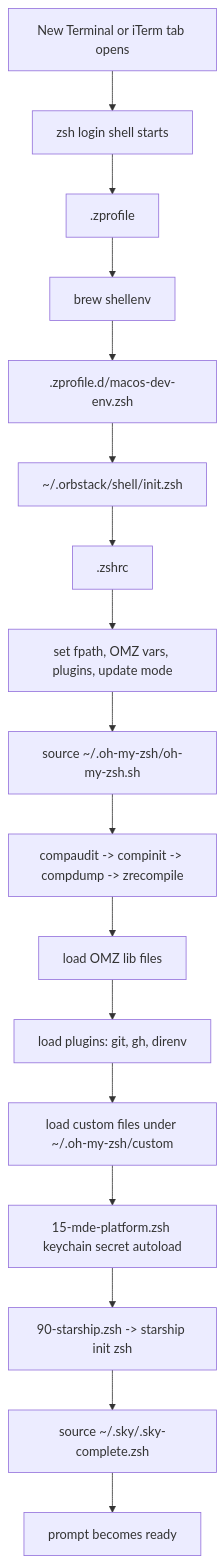
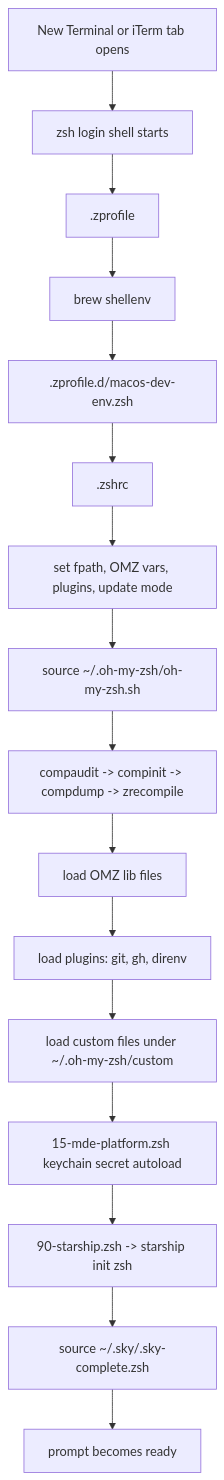
Before and after one commit to ray-manaloto/macos-development-environment: the first of 3 diagrams in docs/terminal-startup-profiling.md, drawn with Mermaid. The commit also changed other lines of this file and 26 other files, not shown here.

````diff
--- a/docs/terminal-startup-profiling.md
+++ b/docs/terminal-startup-profiling.md
@@ -254,19 +251,18 @@
 ```mermaid
 flowchart TD
     A["New Terminal or iTerm tab opens"] --> B["zsh login shell starts"]
     B --> C[".zprofile"]
     C --> C1["brew shellenv"]
     C1 --> C2[".zprofile.d/macos-dev-env.zsh"]
-    C2 --> C3["~/.orbstack/shell/init.zsh"]
-    C3 --> D[".zshrc"]
+    C2 --> D[".zshrc"]
     D --> D1["set fpath, OMZ vars, plugins, update mode"]
     D1 --> E["source ~/.oh-my-zsh/oh-my-zsh.sh"]
     E --> E1["compaudit -> compinit -> compdump -> zrecompile"]
     E1 --> E2["load OMZ lib files"]
     E2 --> E3["load plugins: git, gh, direnv"]
     E3 --> E4["load custom files under ~/.oh-my-zsh/custom"]
     E4 --> F["15-mde-platform.zsh keychain secret autoload"]
     F --> G["90-starship.zsh -> starship init zsh"]
     G --> H["source ~/.sky/.sky-complete.zsh"]
     H --> I["prompt becomes ready"]
 ```
````
